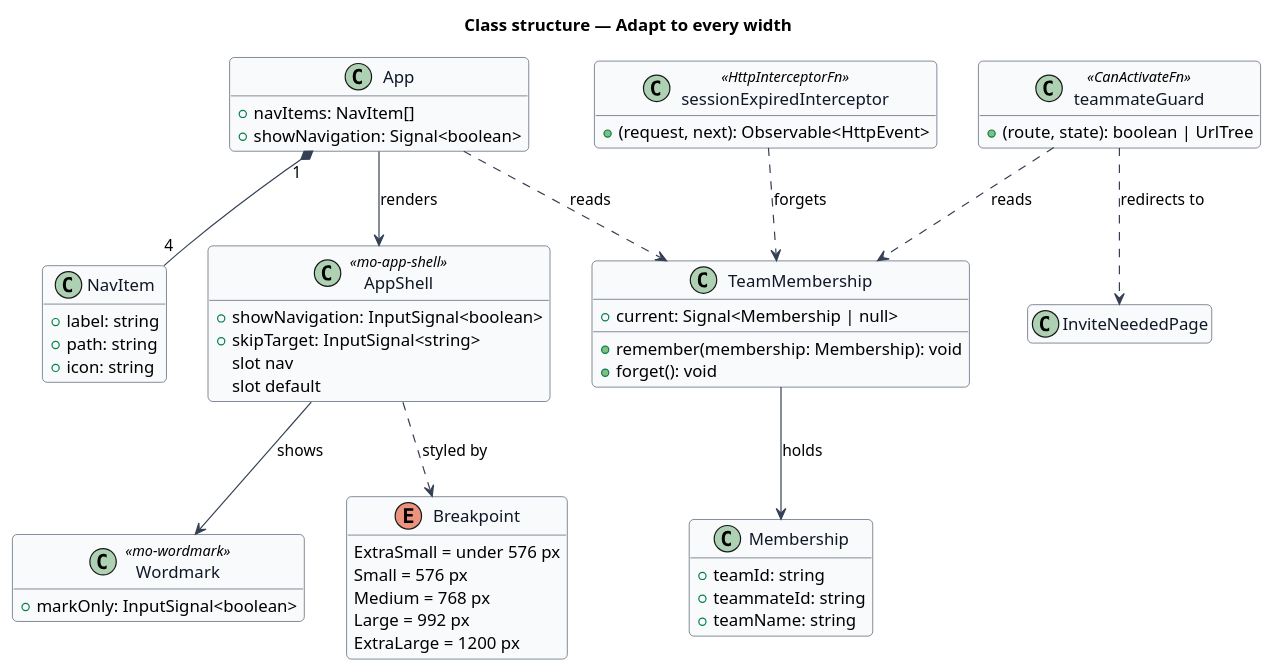
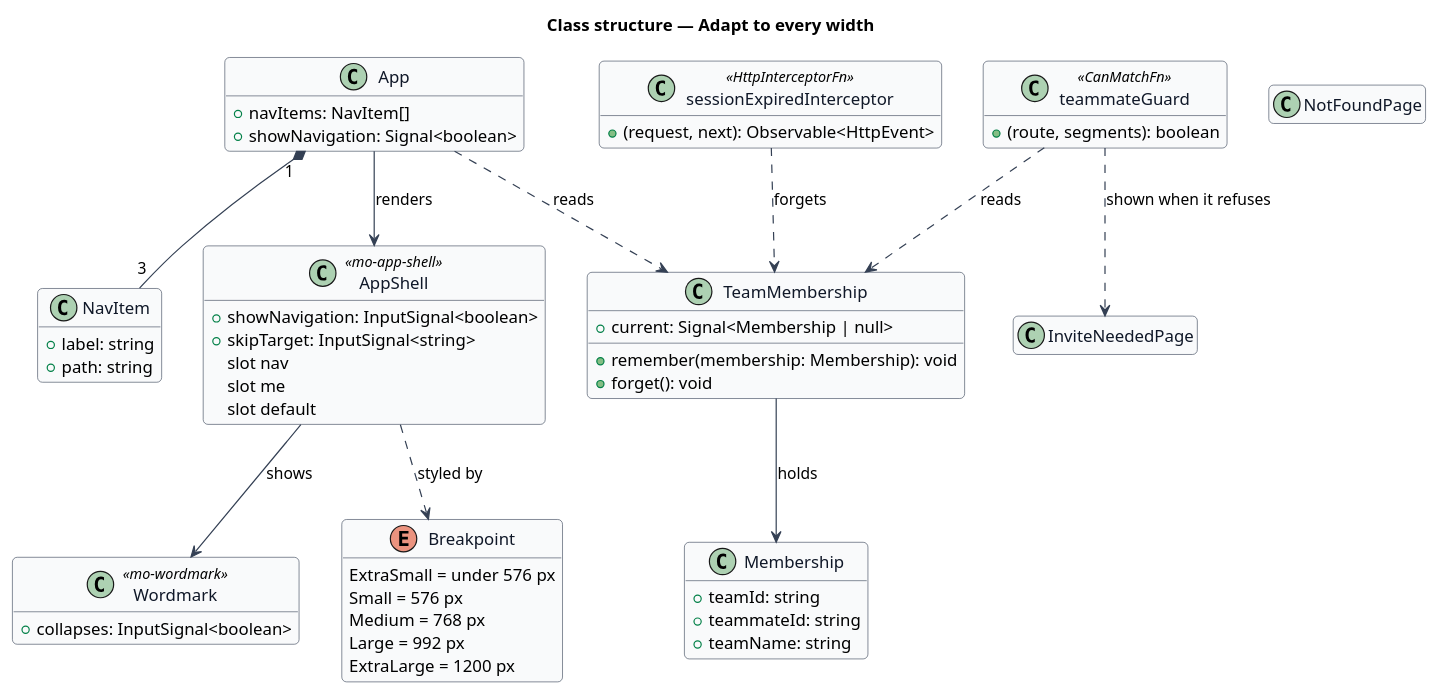
One commit to QuinntyneBrown/Mondino changed the diagram in docs/detailed-designs/platform/adapt-to-every-width/diagrams/class-structure.puml. Above: the diagram before and after it, drawn with PlantUML. The commit also changed 4 other files, not shown here.

```diff
--- a/docs/detailed-designs/platform/adapt-to-every-width/diagrams/class-structure.puml
+++ b/docs/detailed-designs/platform/adapt-to-every-width/diagrams/class-structure.puml
@@ -1,77 +1,80 @@
 @startuml
 skinparam backgroundColor #FFFFFF
 skinparam shadowing false
 skinparam roundcorner 8
 skinparam defaultFontName Arial
 skinparam ArrowColor #344054
 skinparam class {
   BorderColor #344054
   FontColor #101828
   BackgroundColor #F9FAFB
 }
 hide empty members
 title Class structure — Adapt to every width
 
 enum Breakpoint {
   ExtraSmall = under 576 px
   Small = 576 px
   Medium = 768 px
   Large = 992 px
   ExtraLarge = 1200 px
 }
 
 class App {
   +navItems: NavItem[]
   +showNavigation: Signal<boolean>
 }
 
 class NavItem {
   +label: string
   +path: string
-  +icon: string
 }
 
 class AppShell <<mo-app-shell>> {
   +showNavigation: InputSignal<boolean>
   +skipTarget: InputSignal<string>
   slot nav
+  slot me
   slot default
 }
 
 class Wordmark <<mo-wordmark>> {
-  +markOnly: InputSignal<boolean>
+  +collapses: InputSignal<boolean>
 }
 
 class TeamMembership {
   +current: Signal<Membership | null>
   +remember(membership: Membership): void
   +forget(): void
 }
 
 class Membership {
   +teamId: string
   +teammateId: string
   +teamName: string
 }
 
-class teammateGuard <<CanActivateFn>> {
-  +(route, state): boolean | UrlTree
+class teammateGuard <<CanMatchFn>> {
+  +(route, segments): boolean
 }
 
 class sessionExpiredInterceptor <<HttpInterceptorFn>> {
   +(request, next): Observable<HttpEvent>
 }
 
 class InviteNeededPage {
 }
 
+class NotFoundPage {
+}
+
 App --> AppShell : renders
-App "1" *-- "4" NavItem
+App "1" *-- "3" NavItem
 App ..> TeamMembership : reads
 AppShell --> Wordmark : shows
 AppShell ..> Breakpoint : styled by
 teammateGuard ..> TeamMembership : reads
-teammateGuard ..> InviteNeededPage : redirects to
+teammateGuard ..> InviteNeededPage : shown when it refuses
 sessionExpiredInterceptor ..> TeamMembership : forgets
 TeamMembership --> Membership : holds
 @enduml
```
